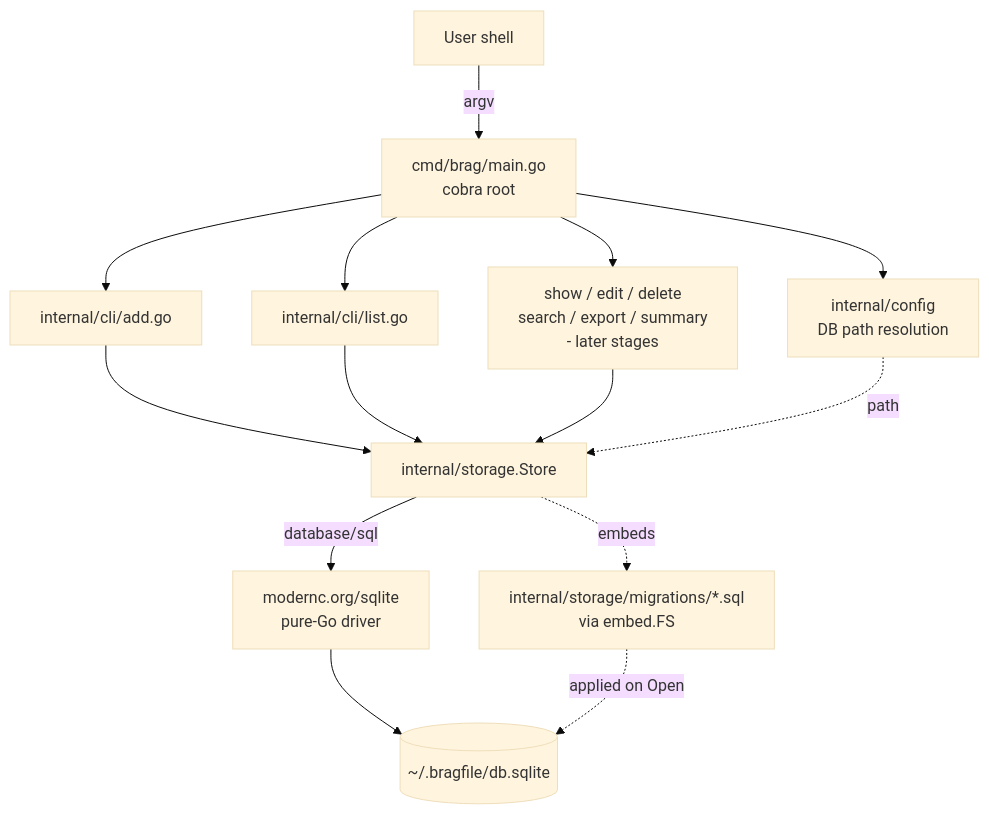
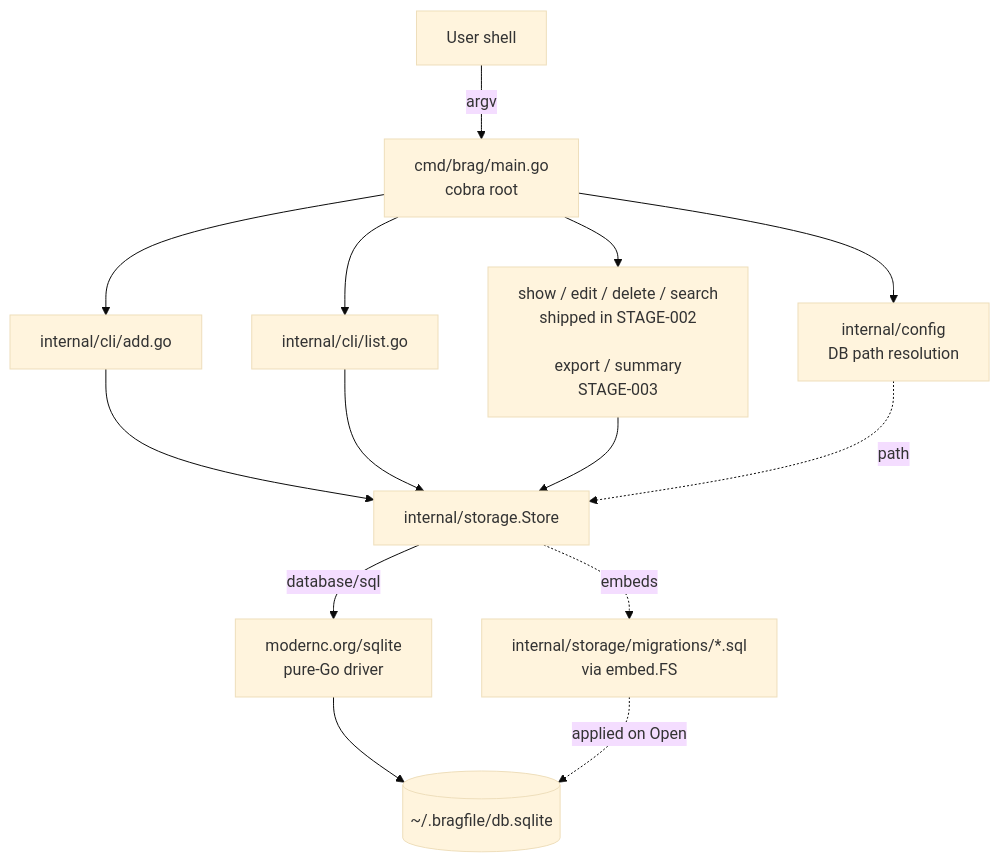
The diagram in docs/architecture.md (jysf/bragfile000), drawn with Mermaid (base theme) before and after one commit. The commit also changed 3 other files, not shown here.

````diff
--- a/docs/architecture.md
+++ b/docs/architecture.md
@@ -19,16 +19,16 @@
 ```mermaid
 graph TD
     User[User shell] -->|argv| Main[cmd/brag/main.go<br/>cobra root]
     Main --> AddCmd[internal/cli/add.go]
     Main --> ListCmd[internal/cli/list.go]
-    Main --> OtherCmds[show / edit / delete<br/>search / export / summary<br/>- later stages]
+    Main --> OtherCmds[show / edit / delete / search<br/>shipped in STAGE-002<br/><br/>export / summary<br/>STAGE-003]
     AddCmd --> Store[internal/storage.Store]
     ListCmd --> Store
     OtherCmds --> Store
     Main --> Config[internal/config<br/>DB path resolution]
     Config -.path.-> Store
     Store -->|database/sql| Driver[modernc.org/sqlite<br/>pure-Go driver]
     Driver --> DB[(~/.bragfile/db.sqlite)]
     Store -.embeds.-> Migrations[internal/storage/migrations/*.sql<br/>via embed.FS]
     Migrations -.applied on Open.-> DB
 ```
````
